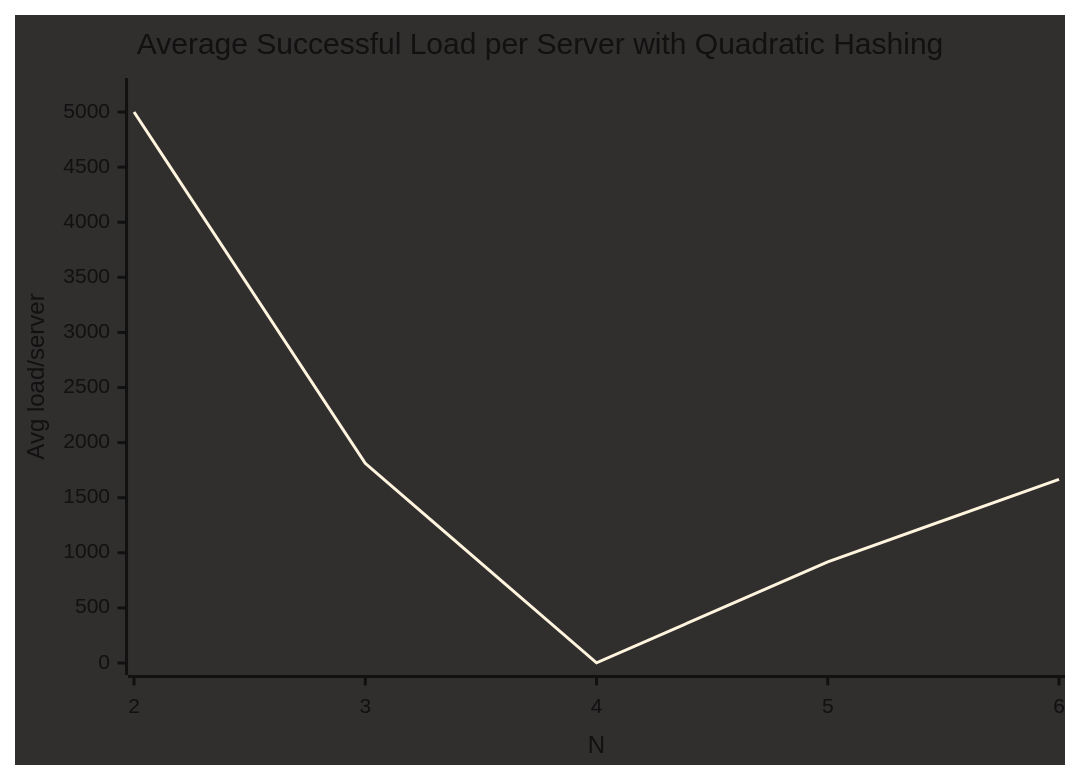
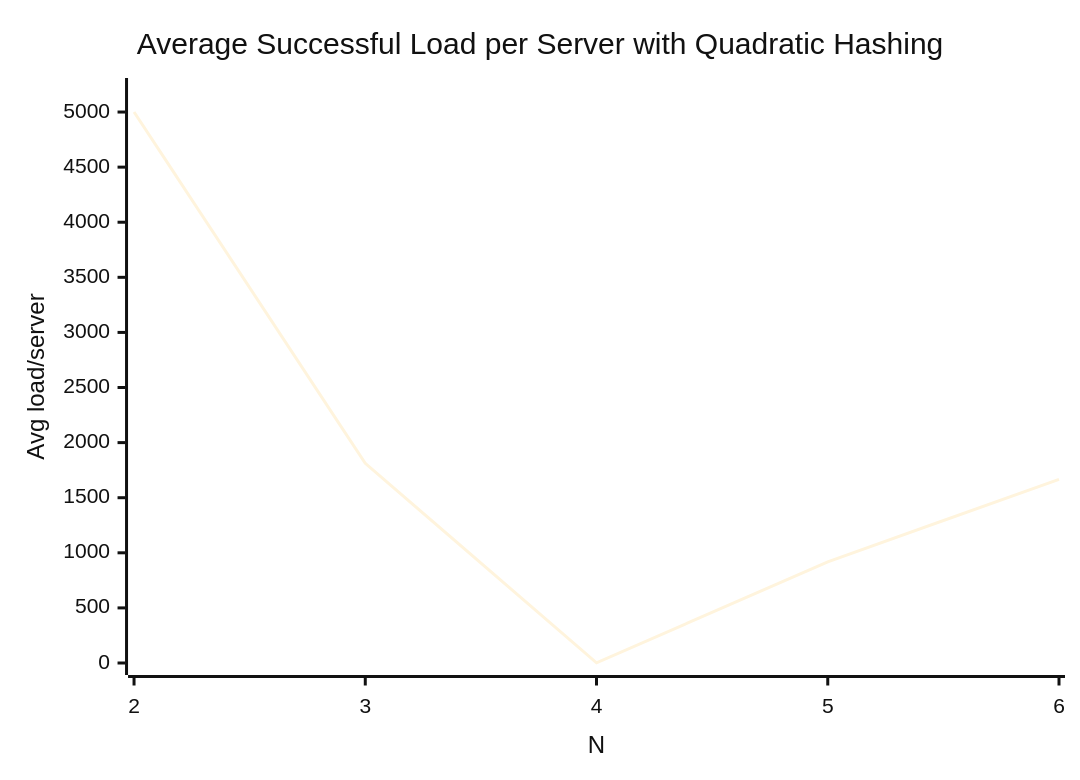
The fourth of 4 diagrams in README.md (AmyMugeni/LoadBalancer), drawn with Mermaid before and after one commit. The commit also changed other lines of this file, not shown here.

````diff
--- a/README.md
+++ b/README.md
@@ -445,8 +445,8 @@
 ```mermaid
-%%{init: {'theme': 'base', 'themeVariables': { 'background': '#312e2e', 'primaryColor': '#0f3f99', 'primaryBorderColor': '#0b3178', 'primaryTextColor': '#111111', 'lineColor': '#0f3f99', 'fontSize': '16px' }}}%%
+%%{init: {'theme': 'base', 'themeVariables': { 'background': '#FFFFFF', 'primaryColor': '#0f3f99', 'primaryBorderColor': '#0b3178', 'primaryTextColor': '#111111', 'lineColor': '#0f3f99', 'fontSize': '16px' }}}%%
 xychart-beta
   title "Average Successful Load per Server with Quadratic Hashing"
   x-axis "N" [2, 3, 4, 5, 6]
   y-axis "Avg load/server" 0 --> 5200
   line [5000, 1811.67, 1.25, 918.6, 1666.67]
 ```
````
